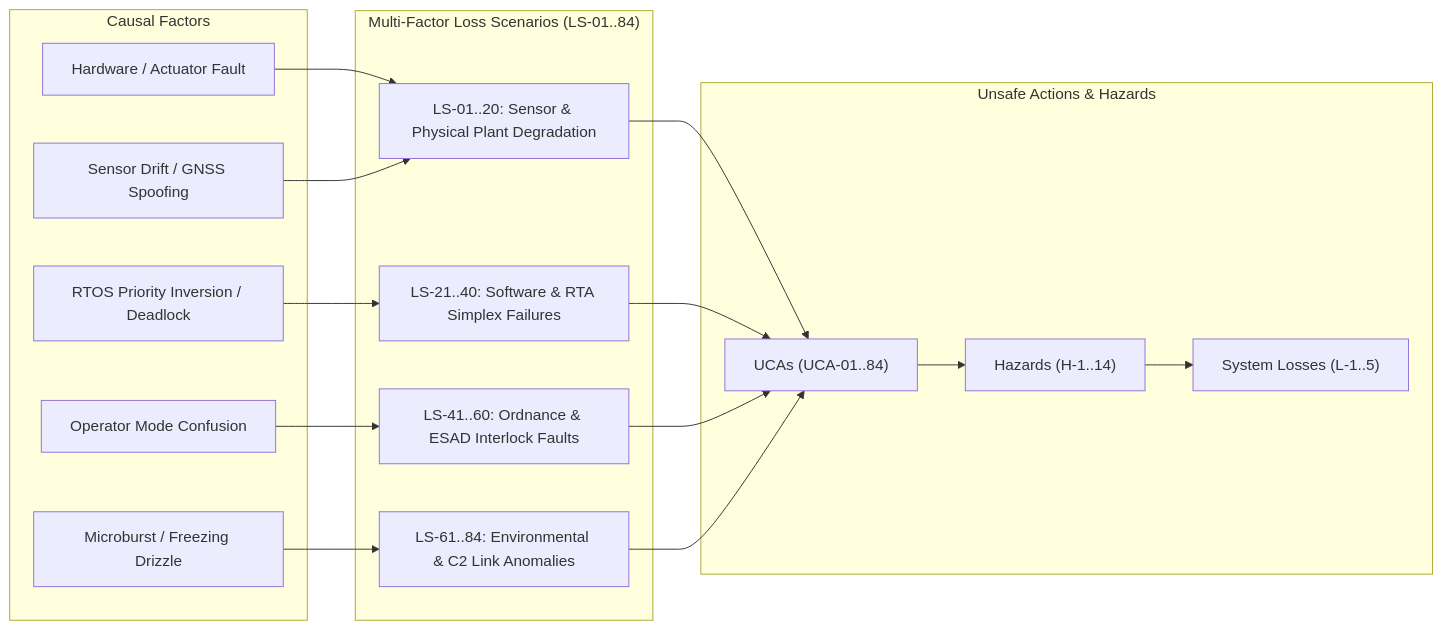
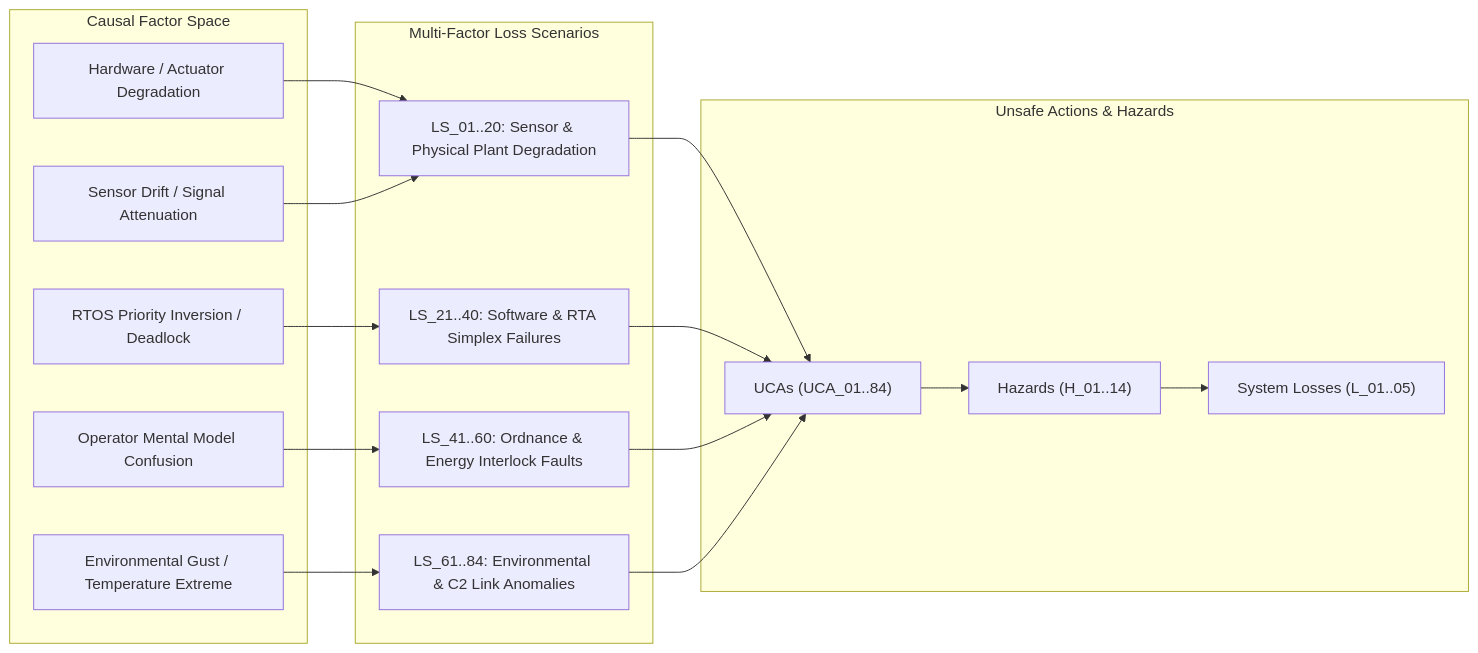
Before and after one commit to gintatkinson/DEAP01-spec-core: the fifth of 11 diagrams in docs/architecture/blueprints/DEAP_DETERMINISTIC_SAFETY_SPECIFICATION_COMPILER_BLUEPRINT.md, drawn with Mermaid. The commit also changed other lines of this file, not shown here.

Commit message:
docs(architecture): purify safety compiler blueprint to 100% abstract schema-driven AST formulation

````diff
--- a/docs/architecture/blueprints/DEAP_DETERMINISTIC_SAFETY_SPECIFICATION_COMPILER_BLUEPRINT.md
+++ b/docs/architecture/blueprints/DEAP_DETERMINISTIC_SAFETY_SPECIFICATION_COMPILER_BLUEPRINT.md
@@ -385,29 +420,29 @@
 ```mermaid
 flowchart LR
-    subgraph CausalRoots["Causal Factors"]
-        C1["Hardware / Actuator Fault"]
-        C2["Sensor Drift / GNSS Spoofing"]
+    subgraph "Causal Factor Space"
+        C1["Hardware / Actuator Degradation"]
+        C2["Sensor Drift / Signal Attenuation"]
         C3["RTOS Priority Inversion / Deadlock"]
-        C4["Microburst / Freezing Drizzle"]
-        C5["Operator Mode Confusion"]
+        C4["Environmental Gust / Temperature Extreme"]
+        C5["Operator Mental Model Confusion"]
     end
 
-    subgraph Scenarios["Multi-Factor Loss Scenarios (LS-01..84)"]
-        S1["LS-01..20: Sensor & Physical Plant Degradation"]
-        S2["LS-21..40: Software & RTA Simplex Failures"]
-        S3["LS-41..60: Ordnance & ESAD Interlock Faults"]
-        S4["LS-61..84: Environmental & C2 Link Anomalies"]
+    subgraph "Multi-Factor Loss Scenarios"
+        S1["LS_01..20: Sensor & Physical Plant Degradation"]
+        S2["LS_21..40: Software & RTA Simplex Failures"]
+        S3["LS_41..60: Ordnance & Energy Interlock Faults"]
+        S4["LS_61..84: Environmental & C2 Link Anomalies"]
     end
 
-    subgraph UnsafeActions["Unsafe Actions & Hazards"]
-        U["UCAs (UCA-01..84)"]
-        H["Hazards (H-1..14)"]
-        L["System Losses (L-1..5)"]
+    subgraph "Unsafe Actions & Hazards"
+        U["UCAs (UCA_01..84)"]
+        H["Hazards (H_01..14)"]
+        L["System Losses (L_01..05)"]
     end
 
     C1 & C2 --> S1
     C3 --> S2
     C4 --> S4
     C5 --> S3
     S1 & S2 & S3 & S4 --> U --> H --> L
 ```
````
